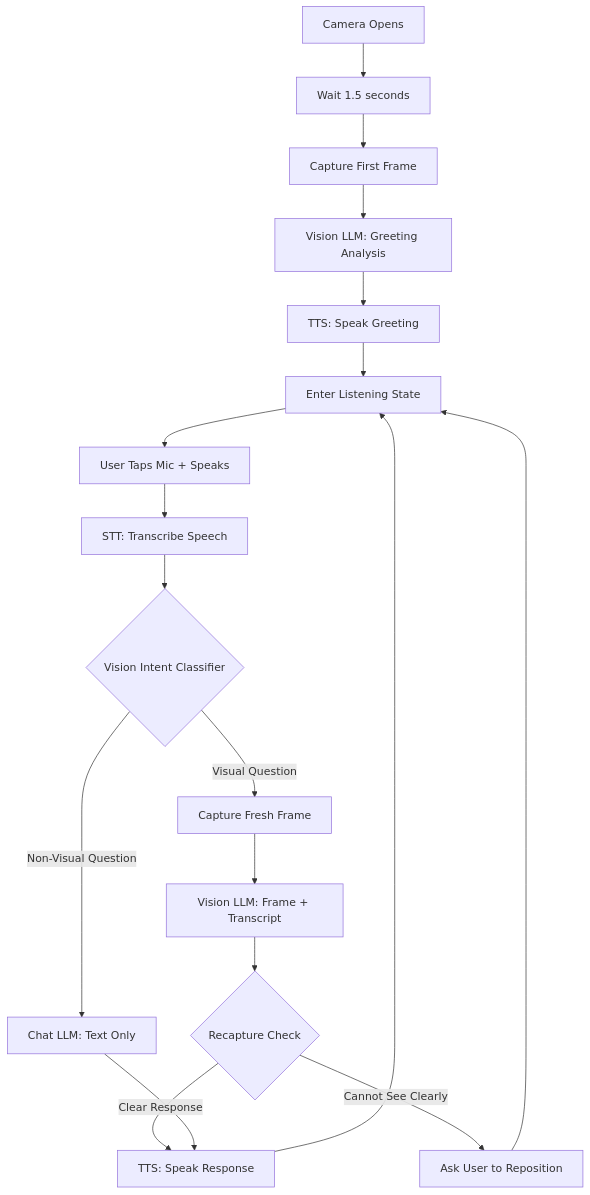
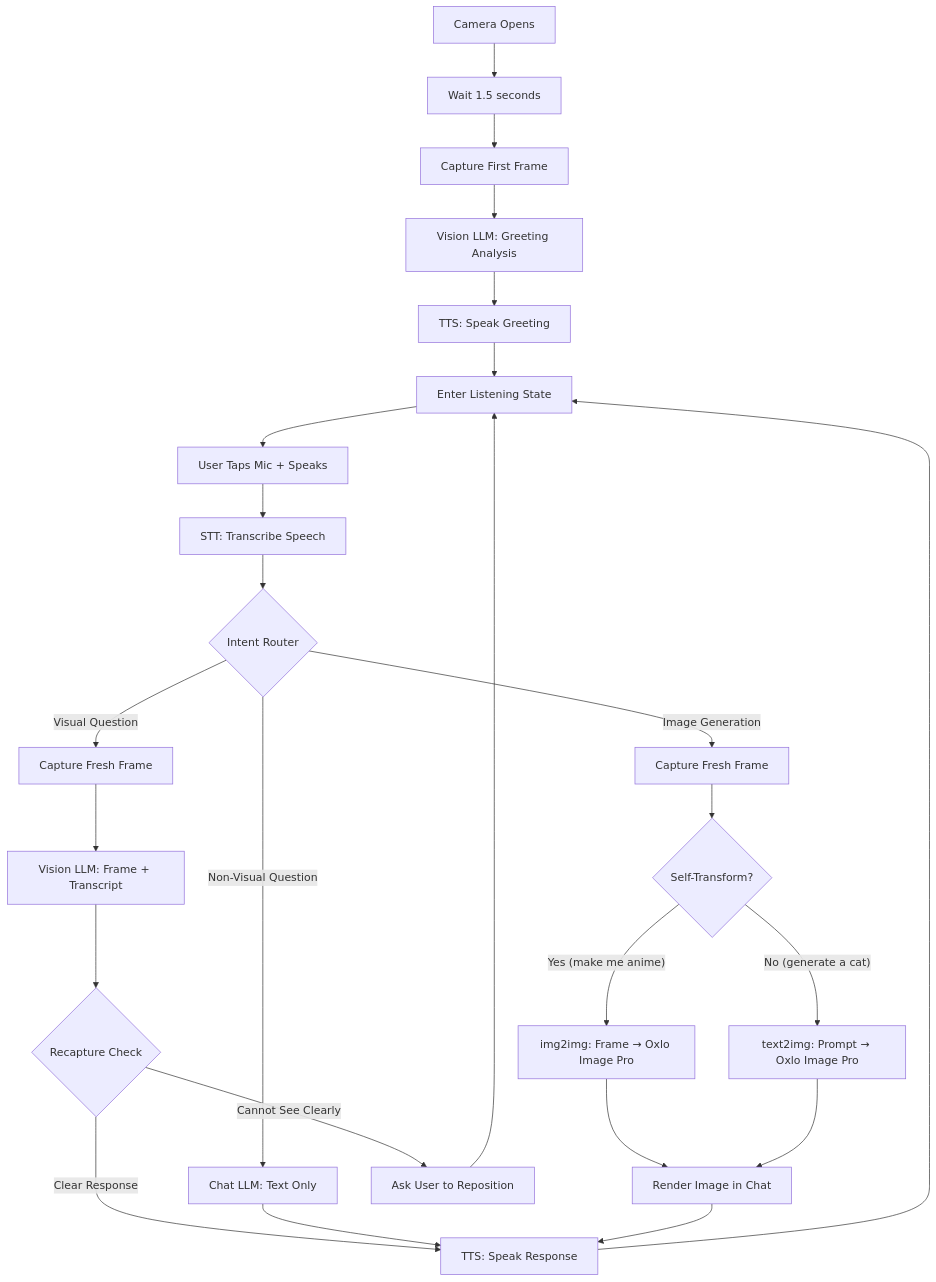
Before and after one commit to pavithra-hn/-Oxlo-VoxVision.ai: the fourth of 4 diagrams in README.md, drawn with Mermaid. The commit also changed other lines of this file and 16 other files, not shown here.

````diff
--- a/README.md
+++ b/README.md
@@ -208,20 +230,27 @@
 ```mermaid
 flowchart TB
     A["Camera Opens"] --> B["Wait 1.5 seconds"]
     B --> C["Capture First Frame"]
     C --> D["Vision LLM: Greeting Analysis"]
     D --> E["TTS: Speak Greeting"]
     E --> F["Enter Listening State"]
     F --> G["User Taps Mic + Speaks"]
     G --> H["STT: Transcribe Speech"]
-    H --> I{"Vision Intent Classifier"}
+    H --> I{"Intent Router"}
     I -->|"Visual Question"| J["Capture Fresh Frame"]
     J --> K["Vision LLM: Frame + Transcript"]
+    I -->|"Image Generation"| P["Capture Fresh Frame"]
+    P --> Q{"Self-Transform?"}
+    Q -->|"Yes (make me anime)"| R["img2img: Frame → Oxlo Image Pro"]
+    Q -->|"No (generate a cat)"| S["text2img: Prompt → Oxlo Image Pro"]
+    R --> T["Render Image in Chat"]
+    S --> T
     I -->|"Non-Visual Question"| L["Chat LLM: Text Only"]
     K --> M{"Recapture Check"}
     M -->|"Clear Response"| N["TTS: Speak Response"]
     M -->|"Cannot See Clearly"| O["Ask User to Reposition"]
     L --> N
+    T --> N
     O --> F
     N --> F
 ```
````
